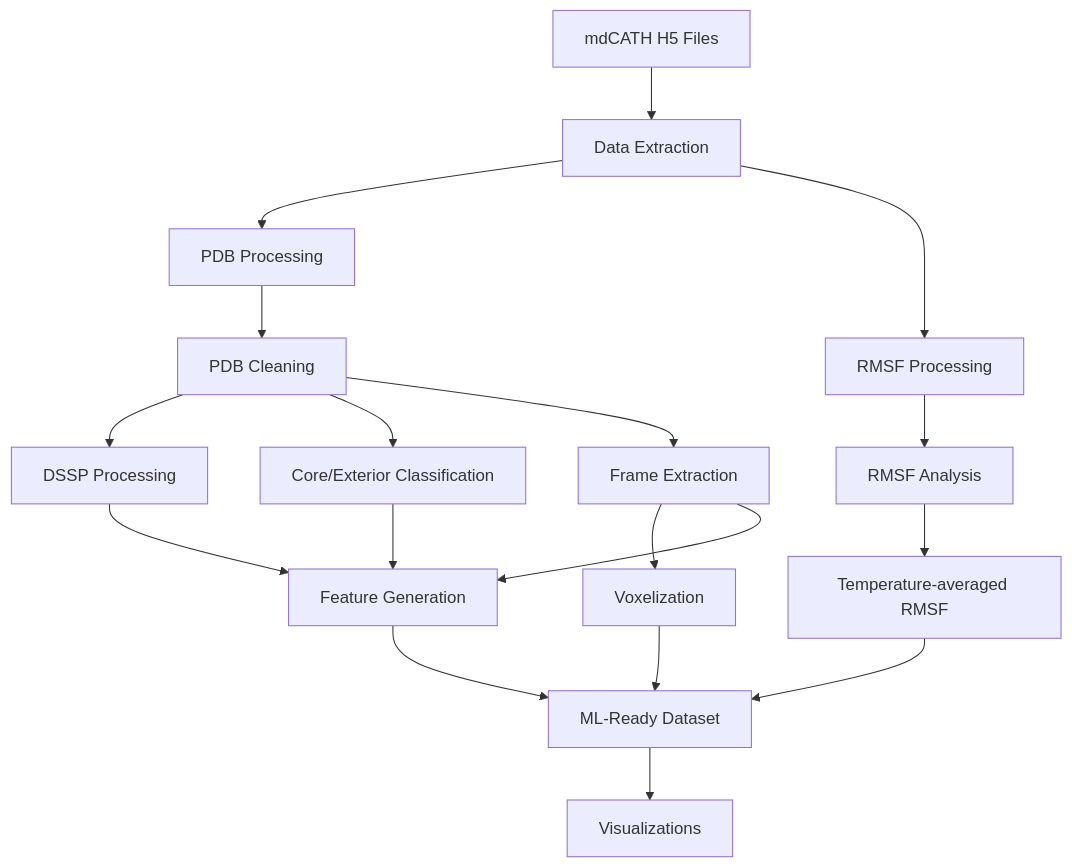
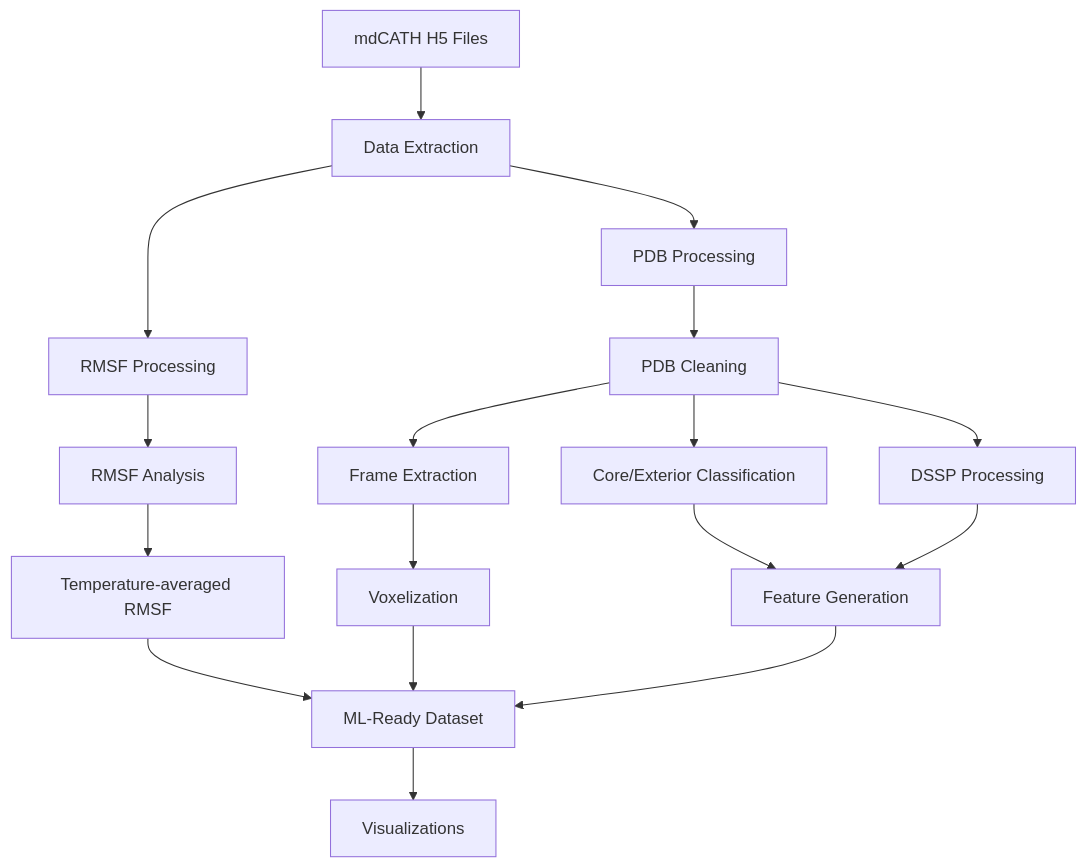
The diagram in README.md (Felixburton7/mdcath-processor), drawn with Mermaid before and after one commit.

````diff
--- a/README.md
+++ b/README.md
@@ -136,31 +136,30 @@
 ```mermaid
 graph TD
     A[mdCATH H5 Files] --> B[Data Extraction]
 
     B --> PDB[PDB Processing]
     B --> RMSF[RMSF Processing]
 
     %% PDB pipeline
     PDB --> Clean[PDB Cleaning]
     Clean --> DSSP[DSSP Processing]
     Clean --> Classify[Core/Exterior Classification]
     Clean --> Frames[Frame Extraction]
 
     %% RMSF pipeline (right)
     RMSF --> Replica[RMSF Analysis]
     Replica --> TempAvg[Temperature‑averaged RMSF]
     TempAvg --> ML[ML‑Ready Dataset]
 
     %% Voxelization (left)
     Frames --> Vox[Voxelization]
     Vox --> ML
 
     %% Feature generation (center)
     Classify --> Features[Feature Generation]
     DSSP --> Features
-    Frames --> Features
     Features --> ML
 
     %% Downstream
     ML --> Viz[Visualizations]
 ```
````
